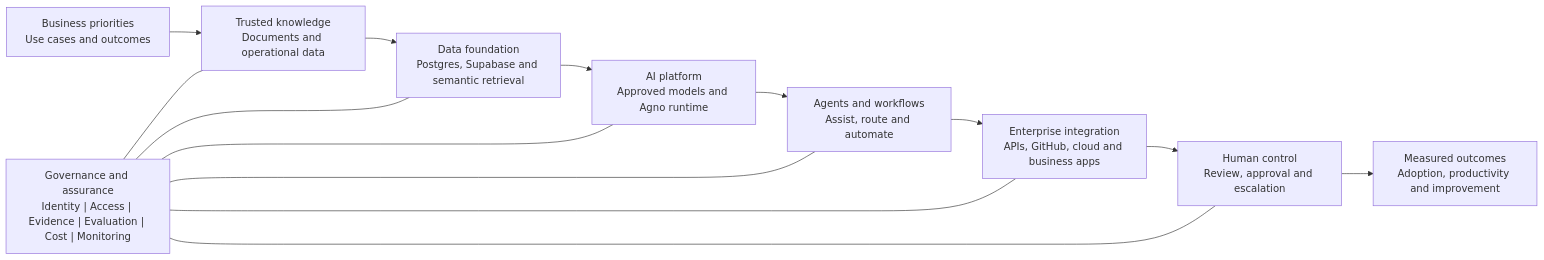
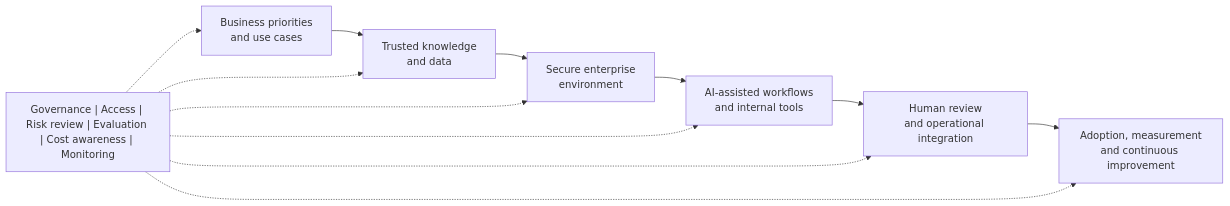
One commit to respectyourelders86-wq/respectyourelders86-wq changed the diagram in README.md. Above: the diagram before and after it, drawn with Mermaid. The commit also changed other lines of this file, not shown here.

Commit message:
Feature enterprise AI enablement playbook

````diff
--- a/README.md
+++ b/README.md
@@ -61,18 +61,16 @@
 ```mermaid
 flowchart LR
-    A["Business priorities<br/>Use cases and outcomes"] --> B["Trusted knowledge<br/>Documents and operational data"]
-    B --> C["Data foundation<br/>Postgres, Supabase and semantic retrieval"]
-    C --> D["AI platform<br/>Approved models and Agno runtime"]
-    D --> E["Agents and workflows<br/>Assist, route and automate"]
-    E --> F["Enterprise integration<br/>APIs, GitHub, cloud and business apps"]
-    F --> G["Human control<br/>Review, approval and escalation"]
-    G --> H["Measured outcomes<br/>Adoption, productivity and improvement"]
+    A["Business priorities<br/>and use cases"] --> B["Trusted knowledge<br/>and data"]
+    B --> C["Secure enterprise<br/>environment"]
+    C --> D["AI-assisted workflows<br/>and internal tools"]
+    D --> E["Human review<br/>and operational integration"]
+    E --> F["Adoption, measurement<br/>and continuous improvement"]
 
-    I["Governance and assurance<br/>Identity | Access | Evidence | Evaluation | Cost | Monitoring"]
-    I --- B
-    I --- C
-    I --- D
-    I --- E
-    I --- F
-    I --- G
+    G["Governance | Access | Risk review | Evaluation | Cost awareness | Monitoring"]
+    G -.-> A
+    G -.-> B
+    G -.-> C
+    G -.-> D
+    G -.-> E
+    G -.-> F
 ```
````
